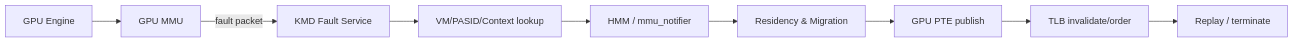
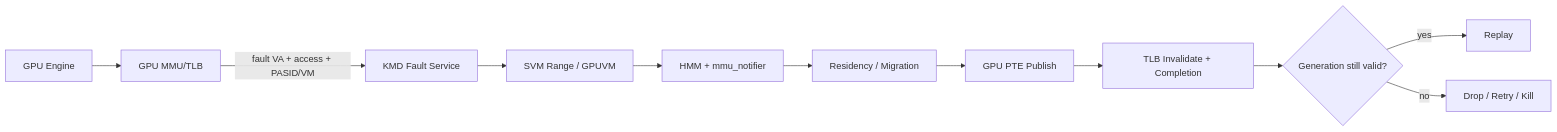
Before and after one commit to cheng3100/time_update_task: the first of 2 diagrams in pages/feature-memory-recoverable-fault.page.md, drawn with Mermaid. The commit also changed other lines of this file, not shown here.

````diff
--- a/pages/feature-memory-recoverable-fault.page.md
+++ b/pages/feature-memory-recoverable-fault.page.md
@@ -16,11 +15,13 @@
 ```mermaid
 flowchart LR
-A[GPU Engine] --> B[GPU MMU]
-B -->|fault packet| C[KMD Fault Service]
-C --> D[VM/PASID/Context lookup]
-D --> E[HMM / mmu_notifier]
-E --> F[Residency & Migration]
-F --> G[GPU PTE publish]
-G --> H[TLB invalidate/order]
-H --> I[Replay / terminate]
+E[GPU Engine] --> M[GPU MMU/TLB]
+M -->|fault VA + access + PASID/VM| F[KMD Fault Service]
+F --> R[SVM Range / GPUVM]
+R --> H[HMM + mmu_notifier]
+H --> D[Residency / Migration]
+D --> P[GPU PTE Publish]
+P --> T[TLB Invalidate + Completion]
+T --> G{Generation still valid?}
+G -->|yes| X[Replay]
+G -->|no| Z[Drop / Retry / Kill]
 ```
````
